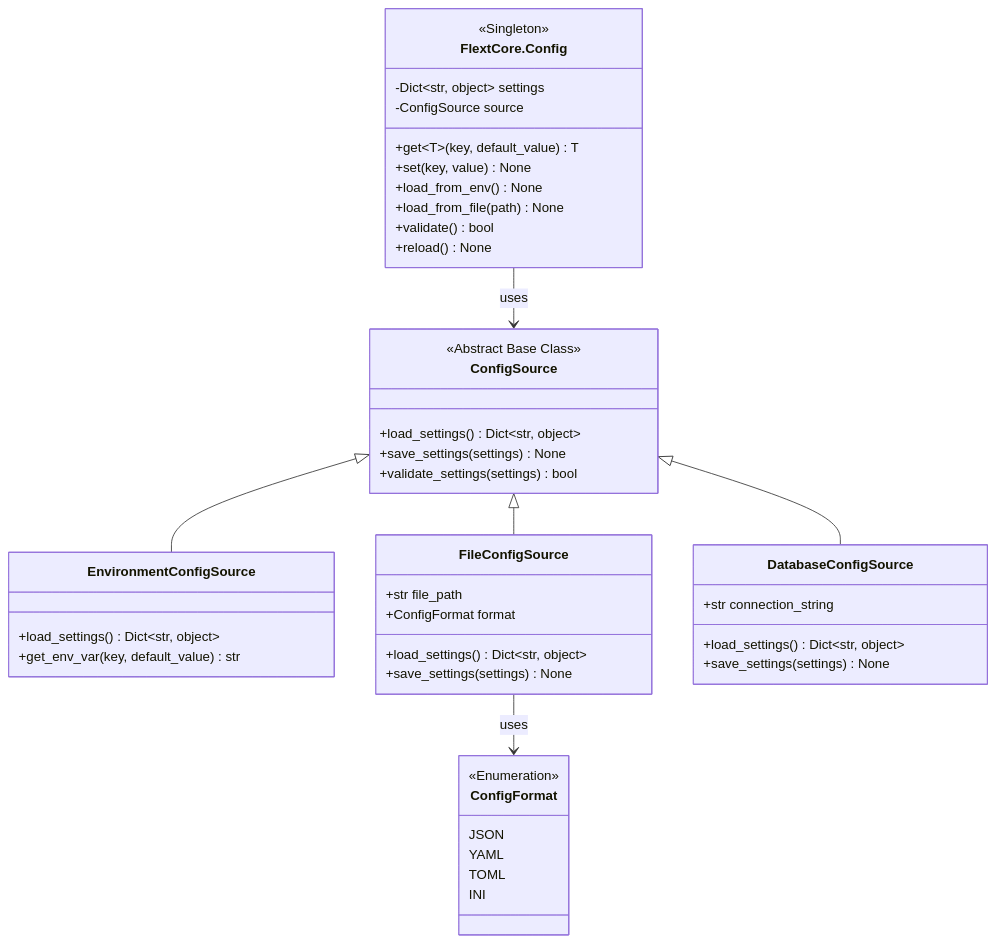
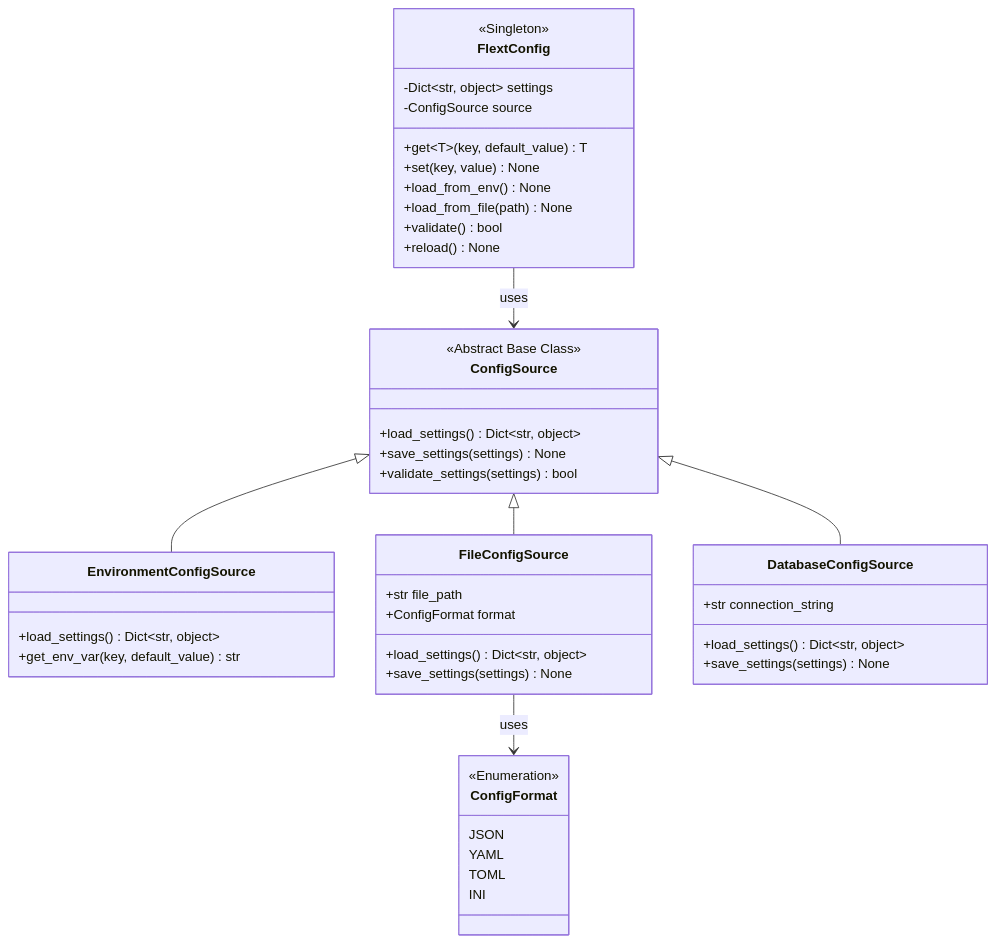
One commit to flext-sh/flext changed the ninth of 10 diagrams in docs/architecture/c4-model/code-diagrams.md. Above: the diagram before and after it, drawn with Mermaid. The commit also changed other lines of this file and 372 other files, not shown here.

````diff
--- a/docs/architecture/c4-model/code-diagrams.md
+++ b/docs/architecture/c4-model/code-diagrams.md
@@ -421,53 +421,53 @@
 ```mermaid
 classDiagram
-    class FlextCore.Config {
+    class FlextConfig {
         <<Singleton>>
         -Dict~str, object~ settings
         -ConfigSource source
         +get~T~(key, default_value) T
         +set(key, value) None
         +load_from_env() None
         +load_from_file(path) None
         +validate() bool
         +reload() None
     }
 
     class ConfigSource {
         <<Abstract Base Class>>
         +load_settings() Dict~str, object~
         +save_settings(settings) None
         +validate_settings(settings) bool
     }
 
     class EnvironmentConfigSource {
         +load_settings() Dict~str, object~
         +get_env_var(key, default_value) str
     }
 
     class FileConfigSource {
         +str file_path
         +ConfigFormat format
         +load_settings() Dict~str, object~
         +save_settings(settings) None
     }
 
     class DatabaseConfigSource {
         +str connection_string
         +load_settings() Dict~str, object~
         +save_settings(settings) None
     }
 
     class ConfigFormat {
         <<Enumeration>>
         JSON
         YAML
         TOML
         INI
     }
 
-    FlextCore.Config --> ConfigSource : uses
+    FlextConfig --> ConfigSource : uses
     ConfigSource <|-- EnvironmentConfigSource
     ConfigSource <|-- FileConfigSource
     ConfigSource <|-- DatabaseConfigSource
     FileConfigSource --> ConfigFormat : uses
 ```
````
